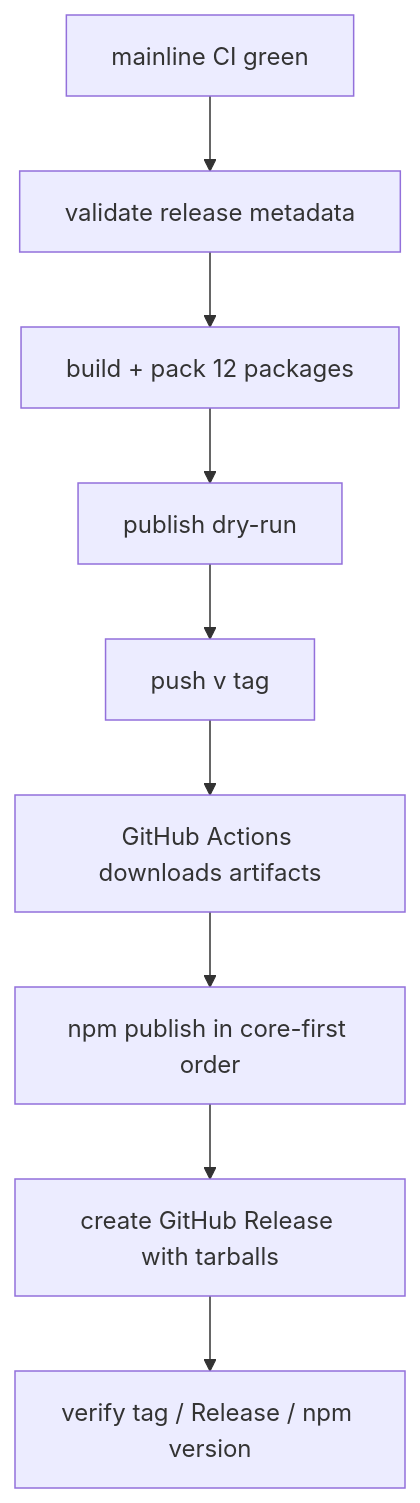
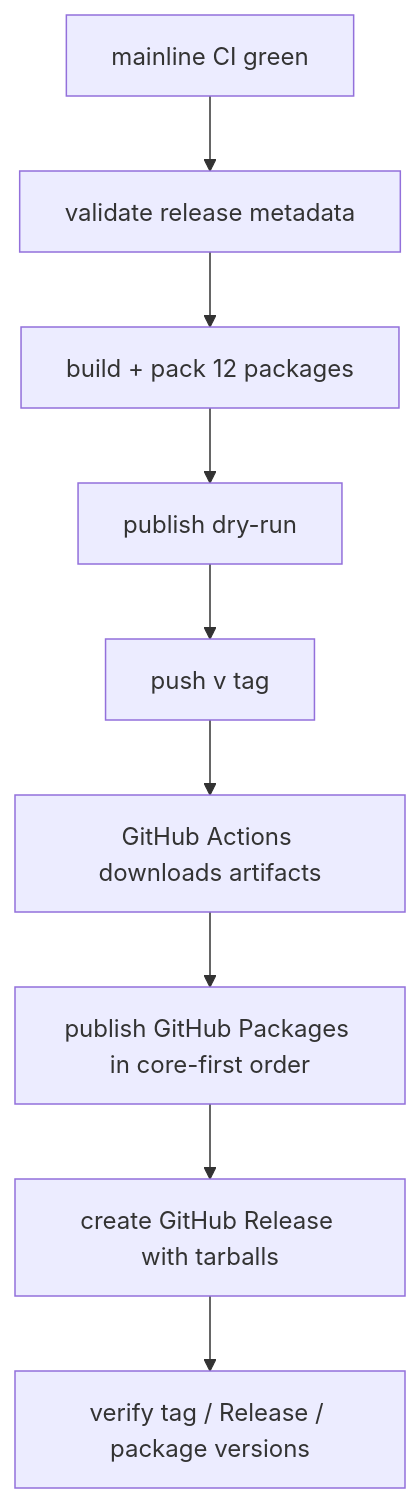
One commit to yin52133/dsh-luban changed the diagram in design/03-modules/M12-market-release.md. Above: the diagram before and after it, drawn with Mermaid. The commit also changed other lines of this file and 18 other files, not shown here.

````diff
--- a/design/03-modules/M12-market-release.md
+++ b/design/03-modules/M12-market-release.md
@@ -32,11 +33,11 @@
 ```mermaid
 flowchart TD
     A["mainline CI green"] --> B["validate release metadata"]
     B --> C["build + pack 12 packages"]
     C --> D["publish dry-run"]
     D --> E["push v<semver> tag"]
     E --> F["GitHub Actions downloads artifacts"]
-    F --> G["npm publish in core-first order"]
+    F --> G["publish GitHub Packages in core-first order"]
     G --> H["create GitHub Release with tarballs"]
-    H --> I["verify tag / Release / npm version"]
+    H --> I["verify tag / Release / package versions"]
 ```
````
